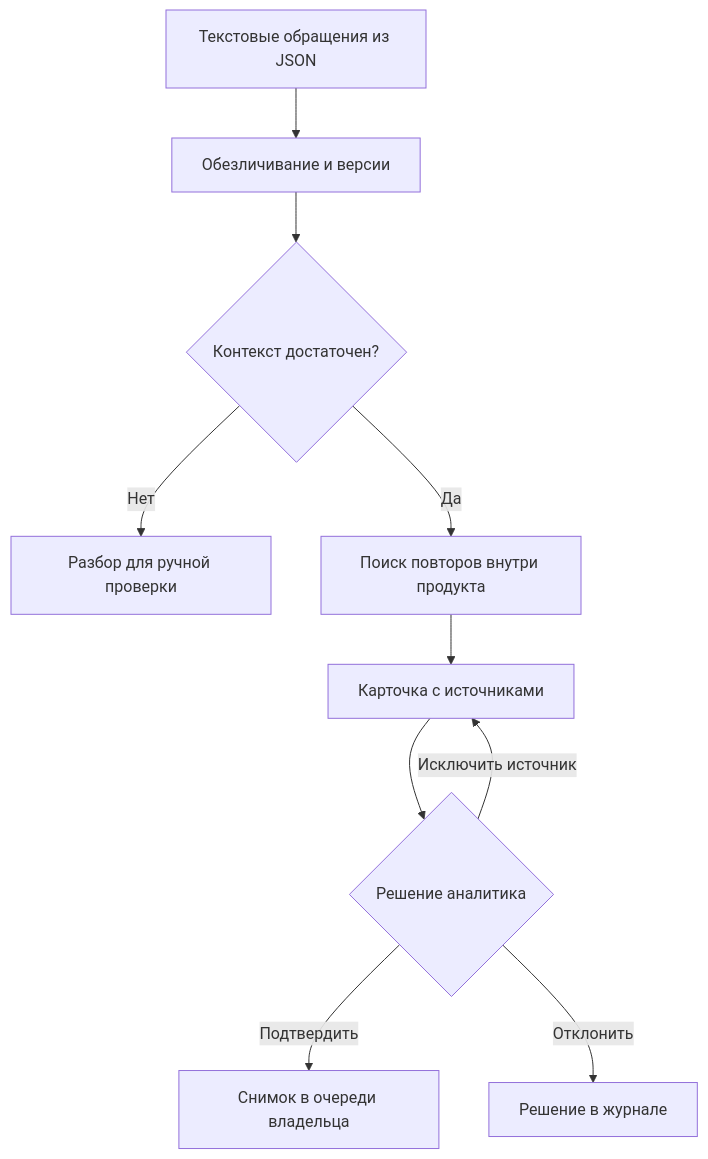
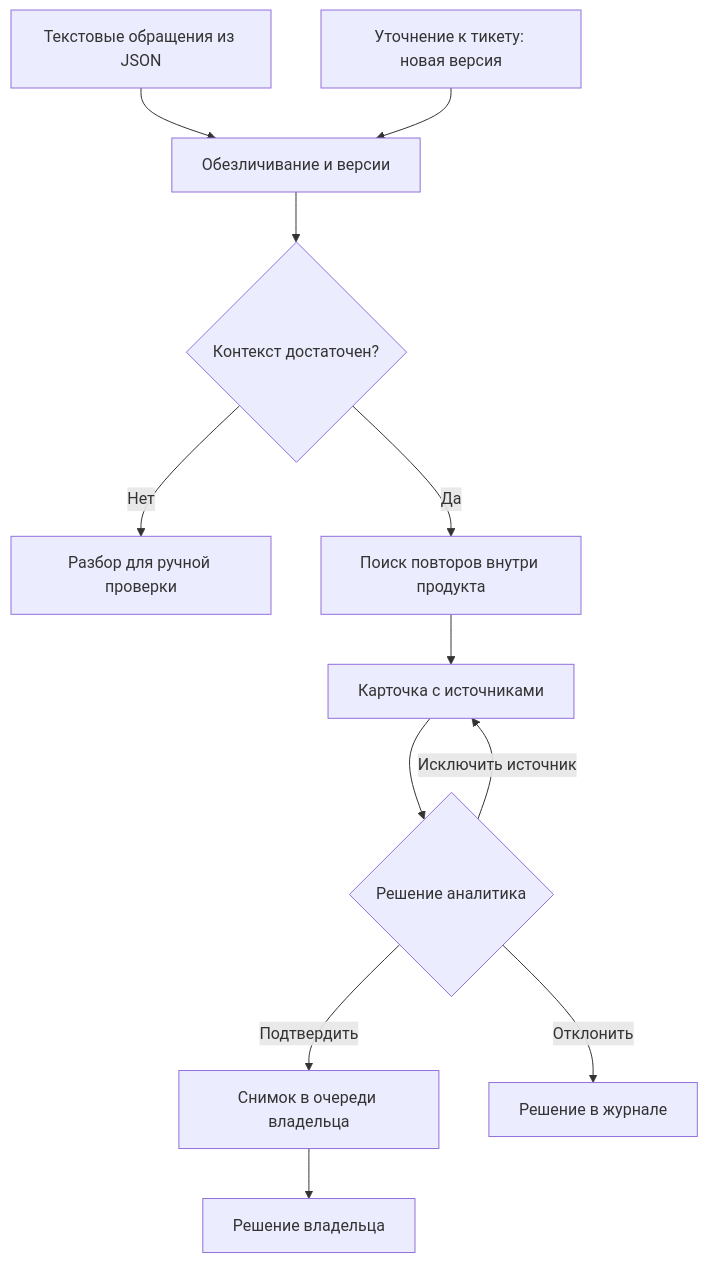
Before and after one commit to DizzyZ7/GAZPROM_Intelligence_Cup_2026: the diagram in cases/ai-agent/README.md, drawn with Mermaid. The commit also changed other lines of this file and 1 other file, not shown here.

````diff
--- a/cases/ai-agent/README.md
+++ b/cases/ai-agent/README.md
@@ -40,12 +40,14 @@
 ```mermaid
 flowchart TD
     A["Текстовые обращения из JSON"] --> B["Обезличивание и версии"]
     B --> C{"Контекст достаточен?"}
     C -->|Нет| D["Разбор для ручной проверки"]
     C -->|Да| E["Поиск повторов внутри продукта"]
     E --> F["Карточка с источниками"]
     F --> G{"Решение аналитика"}
     G -->|Исключить источник| F
     G -->|Подтвердить| H["Снимок в очереди владельца"]
+    H --> J["Решение владельца"]
+    K["Уточнение к тикету: новая версия"] --> B
     G -->|Отклонить| I["Решение в журнале"]
 ```
````
